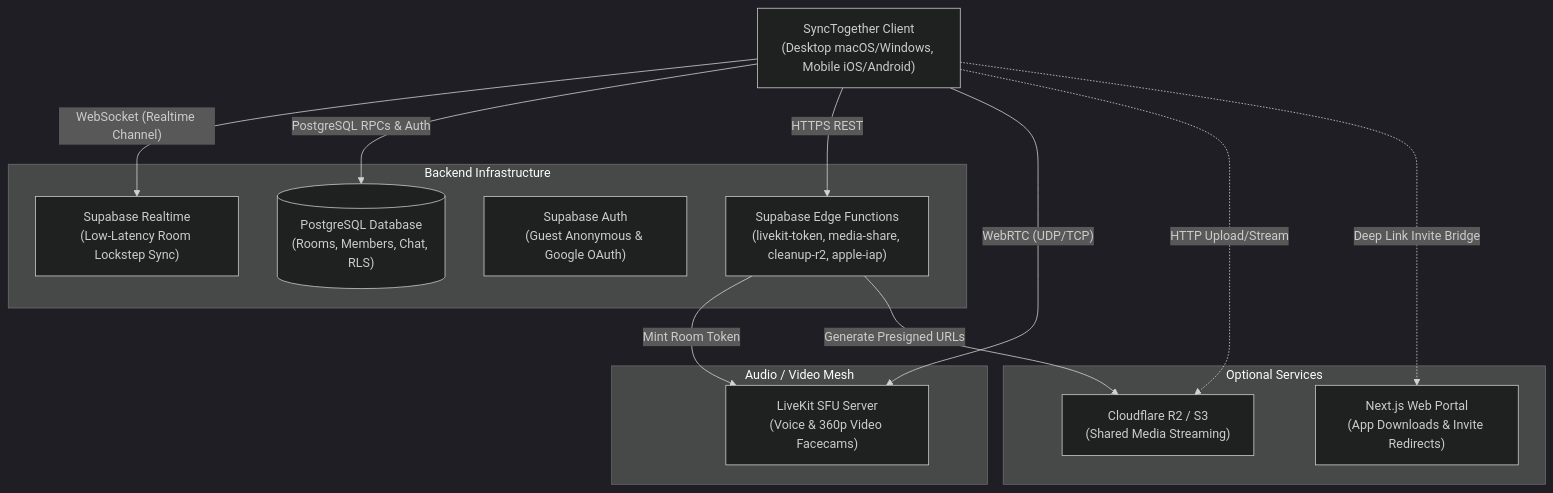
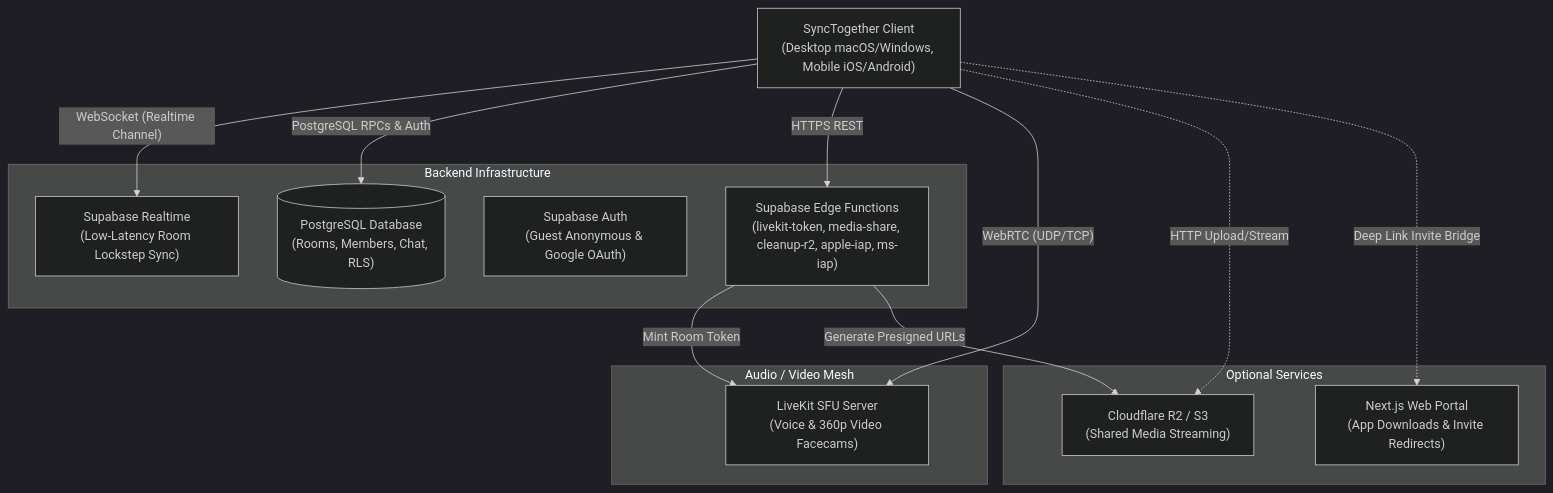
One commit to shubhamsinghshubham777/synctogether changed the diagram in docs/self-hosting.md. Above: the diagram before and after it, drawn with Mermaid (dark theme). The commit also changed other lines of this file and 143 other files, not shown here.

````diff
--- a/docs/self-hosting.md
+++ b/docs/self-hosting.md
@@ -11,29 +11,29 @@
 ```mermaid
 flowchart TD
     Client["SyncTogether Client<br/>(Desktop macOS/Windows, Mobile iOS/Android)"]
     
     subgraph Backend ["Backend Infrastructure"]
         DB[("PostgreSQL Database<br/>(Rooms, Members, Chat, RLS)")]
         Realtime["Supabase Realtime<br/>(Low-Latency Room Lockstep Sync)"]
         Auth["Supabase Auth<br/>(Guest Anonymous & Google OAuth)"]
-        Functions["Supabase Edge Functions<br/>(livekit-token, media-share, cleanup-r2, apple-iap)"]
+        Functions["Supabase Edge Functions<br/>(livekit-token, media-share, cleanup-r2, apple-iap, ms-iap)"]
     end
 
     subgraph AV ["Audio / Video Mesh"]
         LiveKit["LiveKit SFU Server<br/>(Voice & 360p Video Facecams)"]
     end
 
     subgraph Optional ["Optional Services"]
         R2["Cloudflare R2 / S3<br/>(Shared Media Streaming)"]
         Web["Next.js Web Portal<br/>(App Downloads & Invite Redirects)"]
     end
 
     Client -->|"WebSocket (Realtime Channel)"| Realtime
     Client -->|"PostgreSQL RPCs & Auth"| DB
     Client -->|"HTTPS REST"| Functions
     Client -->|"WebRTC (UDP/TCP)"| LiveKit
     Client -.->|"HTTP Upload/Stream"| R2
     Client -.->|"Deep Link Invite Bridge"| Web
     Functions -->|"Mint Room Token"| LiveKit
     Functions -->|"Generate Presigned URLs"| R2
 ```
````
